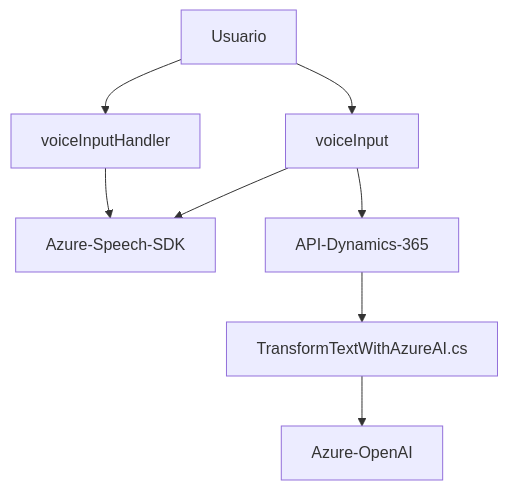
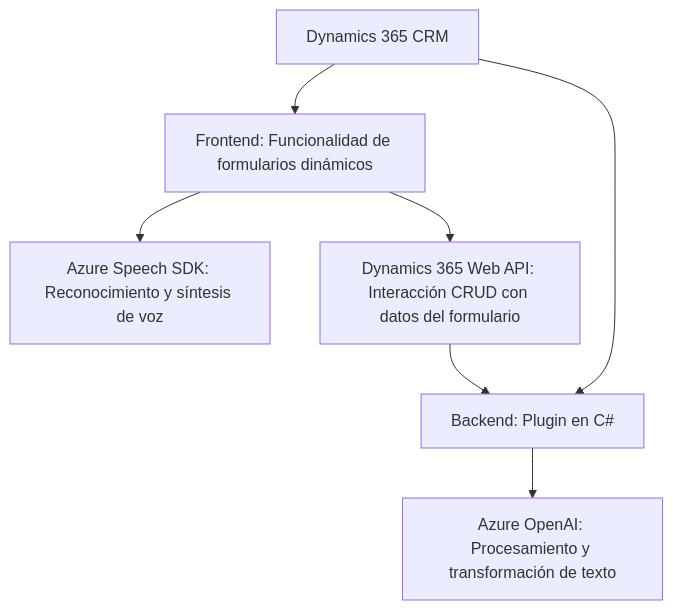
The diagram in README.md (blopezdm/NETCORE_BILBAO2025), drawn with Mermaid before and after one commit. The commit also changed other lines of this file, not shown here.

Commit message:
Actualizar análisis global de la solución con IA

````diff
--- a/README.md
+++ b/README.md
@@ -36,10 +47,16 @@
 ```mermaid
 graph TD
-  A["Usuario"] --> B["voiceInputHandler"]
-  A --> C["voiceInput"]
-  B --> D["Azure-Speech-SDK"]
-  C --> D
-  C --> E["API-Dynamics-365"]
-  E --> F["TransformTextWithAzureAI.cs"]
-  F --> G["Azure-OpenAI"]
+    A["Frontend: Funcionalidad de formularios dinámicos"]
+    B["Azure Speech SDK: Reconocimiento y síntesis de voz"]
+    C["Dynamics 365 Web API: Interacción CRUD con datos del formulario"]
+    D["Backend: Plugin en C#"]
+    E["Azure OpenAI: Procesamiento y transformación de texto"]
+    F["Dynamics 365 CRM"]
+    
+    A --> B
+    A --> C
+    F --> A
+    F --> D
+    C --> D
+    D --> E
 ```
````
